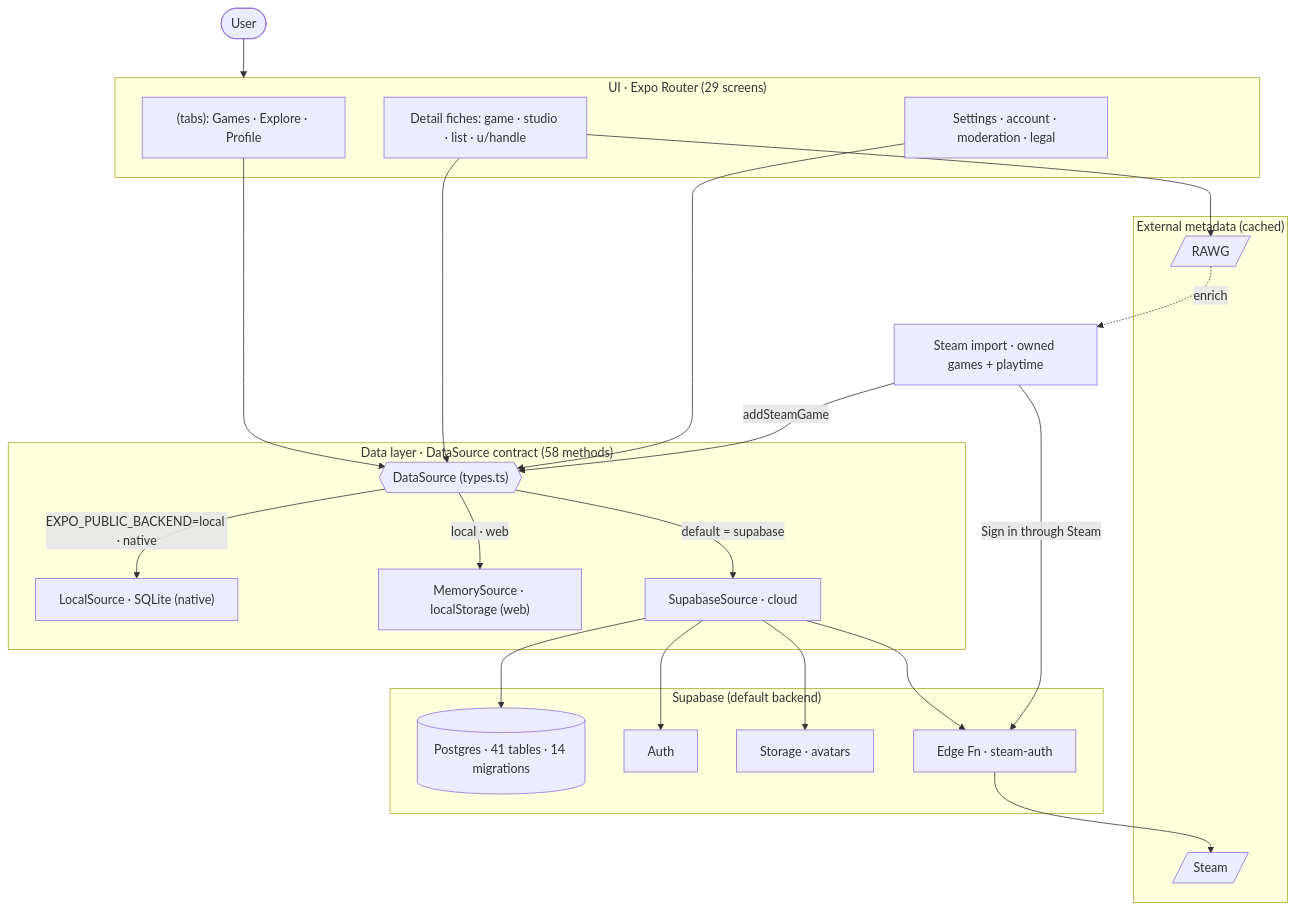
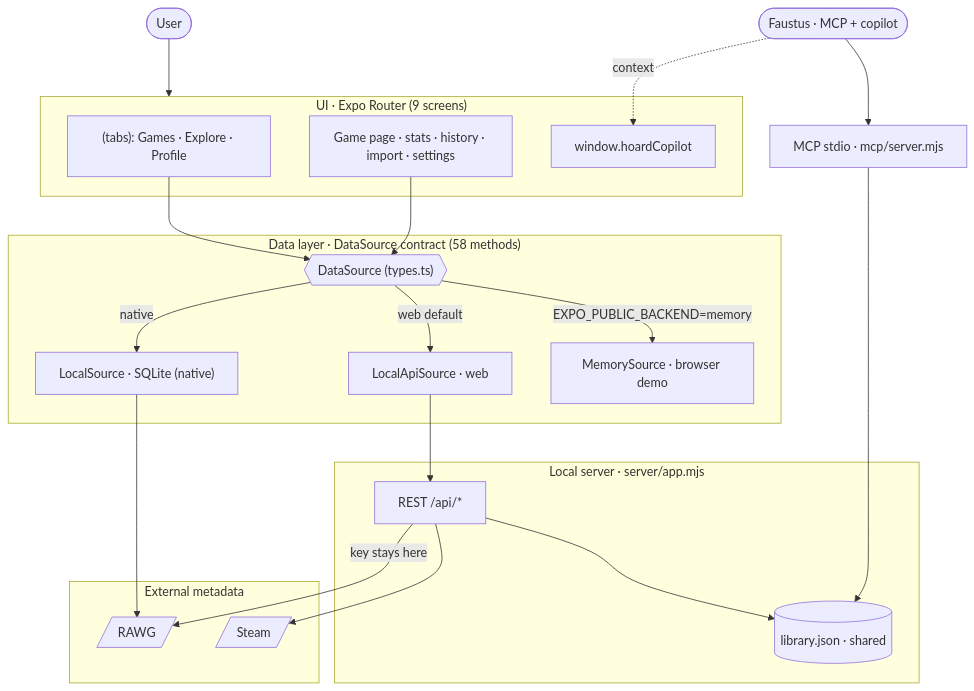
The diagram in docs/knowledge-graph/graph.mermaid (Luissalet/GamerHoard), drawn with Mermaid before and after one commit. The commit also changed 31 other files, not shown here.

First line of the commit message:
Add the Faustus copilot context, local web app docs and manifest

```diff
--- a/docs/knowledge-graph/graph.mermaid
+++ b/docs/knowledge-graph/graph.mermaid
@@ -1,41 +1,38 @@
 %% GamerHoard architecture — auto-generated by docs/knowledge-graph/generate.mjs
 flowchart TD
   User([User])
-  subgraph UI["UI · Expo Router (29 screens)"]
+  Faustus([Faustus · MCP + copilot])
+  subgraph UI["UI · Expo Router (9 screens)"]
     Tabs["(tabs): Games · Explore · Profile"]
-    Detail["Detail fiches: game · studio · list · u/handle"]
-    Settings["Settings · account · moderation · legal"]
+    Detail["Game page · stats · history · import · settings"]
+    Cop["window.hoardCopilot"]
   end
   subgraph DATA["Data layer · DataSource contract (58 methods)"]
     DS{{"DataSource (types.ts)"}}
+    Api["LocalApiSource · web"]
     Local["LocalSource · SQLite (native)"]
-    Mem["MemorySource · localStorage (web)"]
-    Sup["SupabaseSource · cloud"]
+    Mem["MemorySource · browser demo"]
   end
-  subgraph EXT["External metadata (cached)"]
+  subgraph SRV["Local server · server/app.mjs"]
+    REST["REST /api/*"]
+    Lib[("library.json · shared")]
+  end
+  MCP["MCP stdio · mcp/server.mjs"]
+  subgraph EXT["External metadata"]
     RAWG[/RAWG/]
     Steam[/Steam/]
   end
-  subgraph CLOUD["Supabase (default backend)"]
-    PG[("Postgres · 41 tables · 14 migrations")]
-    Auth["Auth"]
-    Store["Storage · avatars"]
-    Fn["Edge Fn · steam-auth"]
-  end
-  IMP["Steam import · owned games + playtime"]
   User --> UI
   Tabs --> DS
   Detail --> DS
-  Settings --> DS
-  DS -->|default = supabase| Sup
-  DS -->|EXPO_PUBLIC_BACKEND=local · native| Local
-  DS -->|local · web| Mem
-  Sup --> PG
-  Sup --> Auth
-  Sup --> Store
-  Sup --> Fn
-  Detail --> RAWG
-  IMP -->|Sign in through Steam| Fn
-  Fn --> Steam
-  IMP -->|addSteamGame| DS
-  RAWG -.enrich.-> IMP
+  DS -->|web default| Api
+  DS -->|native| Local
+  DS -->|EXPO_PUBLIC_BACKEND=memory| Mem
+  Api --> REST
+  REST --> Lib
+  MCP --> Lib
+  Faustus --> MCP
+  Faustus -.context.-> Cop
+  REST -->|key stays here| RAWG
+  REST --> Steam
+  Local --> RAWG
```
